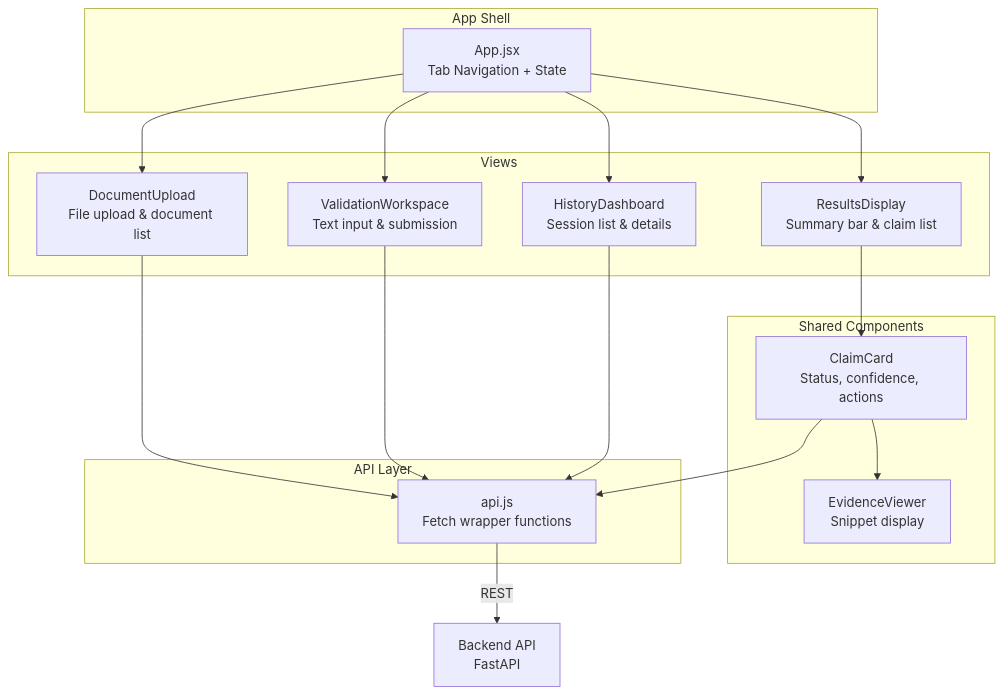
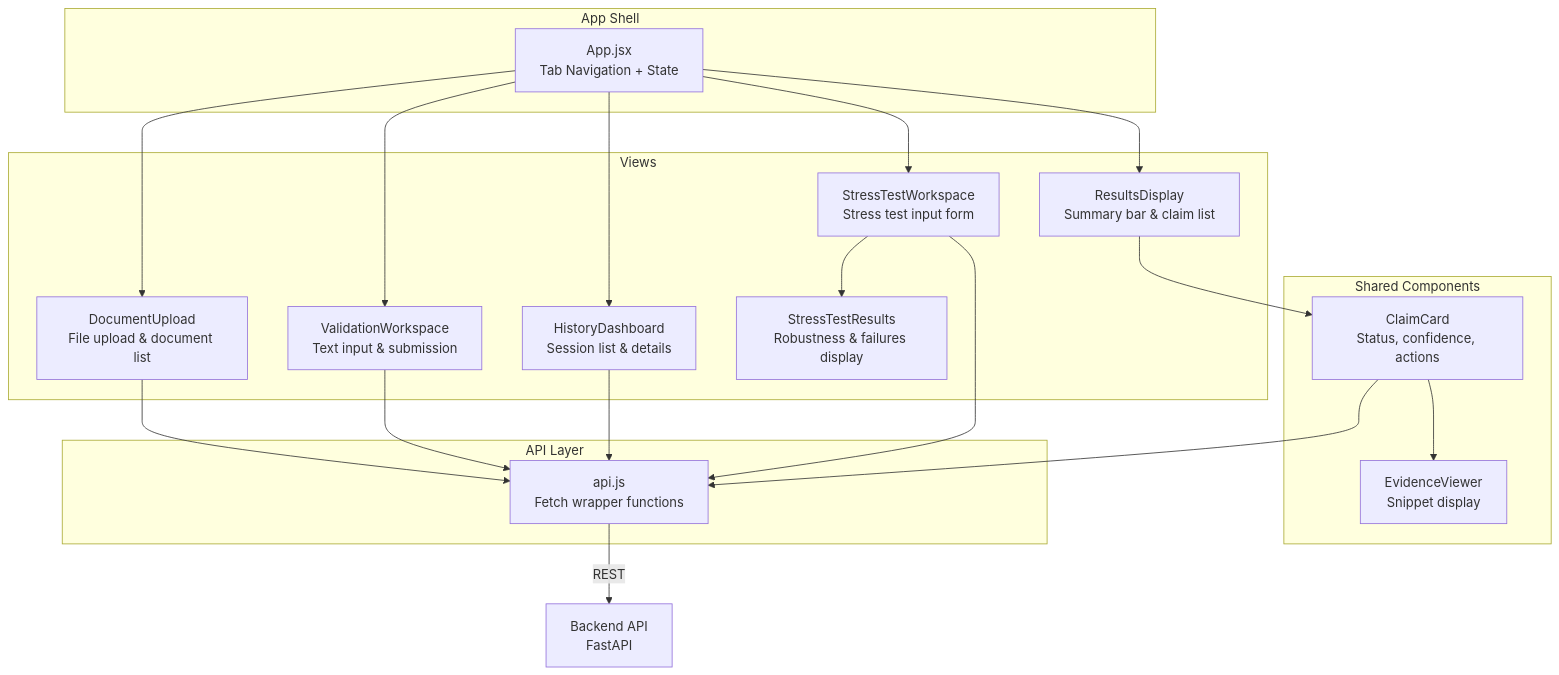
Before and after one commit to chandan112307/evilearn-2: the first of 4 diagrams in frontend/README.md, drawn with Mermaid. The commit also changed other lines of this file and 3 other files, not shown here.

First line of the commit message:
docs: update all READMEs with Knowledge Stress-Test Engine documentation

````diff
--- a/frontend/README.md
+++ b/frontend/README.md
@@ -21,36 +21,41 @@
 ```mermaid
 graph TB
     subgraph "App Shell"
         App[App.jsx<br/>Tab Navigation + State]
     end
 
     subgraph "Views"
         DU[DocumentUpload<br/>File upload & document list]
         VW[ValidationWorkspace<br/>Text input & submission]
         RD[ResultsDisplay<br/>Summary bar & claim list]
         HD[HistoryDashboard<br/>Session list & details]
+        STW[StressTestWorkspace<br/>Stress test input form]
+        STR[StressTestResults<br/>Robustness & failures display]
     end
 
     subgraph "Shared Components"
         CC[ClaimCard<br/>Status, confidence, actions]
         EV[EvidenceViewer<br/>Snippet display]
     end
 
     subgraph "API Layer"
         API[api.js<br/>Fetch wrapper functions]
     end
 
     App --> DU
     App --> VW
     App --> RD
     App --> HD
+    App --> STW
+    STW --> STR
     RD --> CC
     CC --> EV
 
     DU --> API
     VW --> API
     CC --> API
     HD --> API
+    STW --> API
 
     API -->|REST| BE[Backend API<br/>FastAPI]
 ```
````
